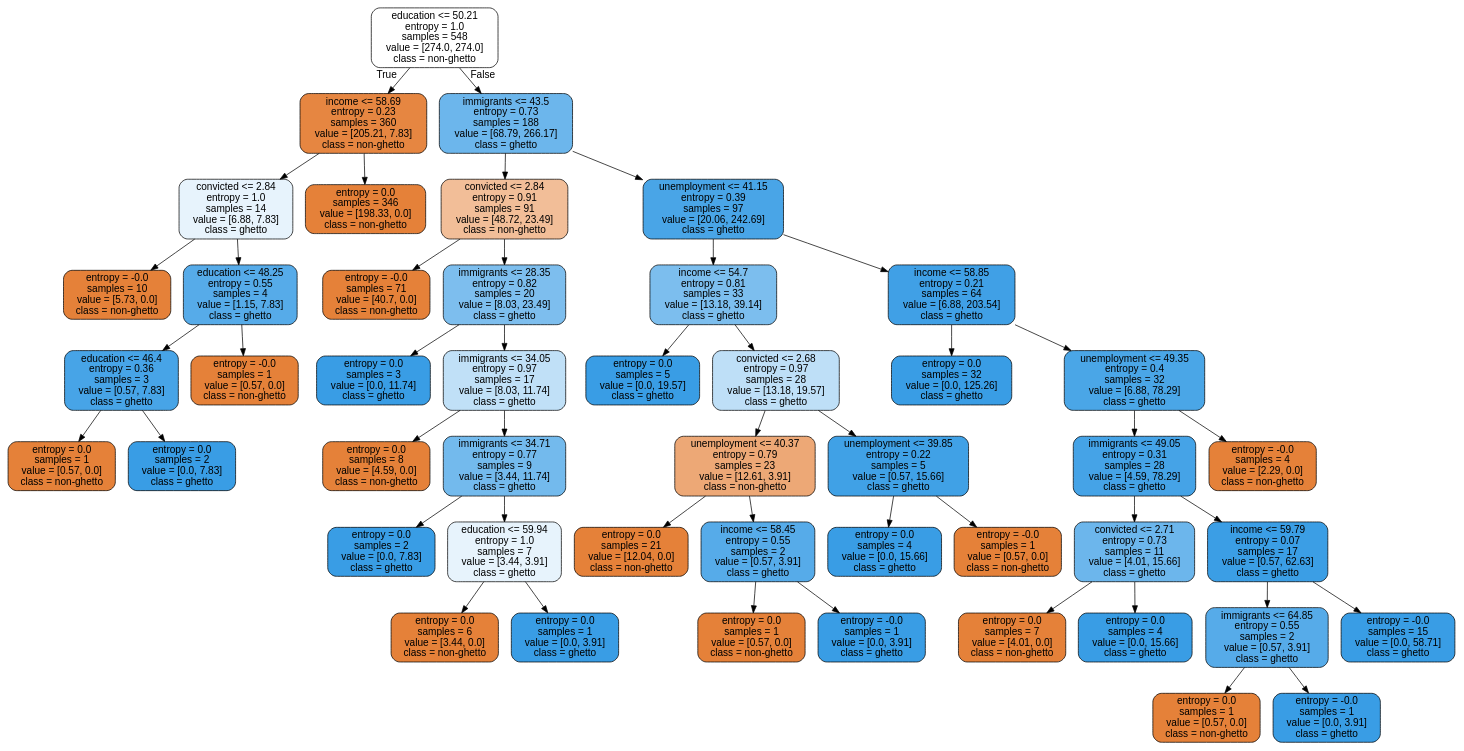
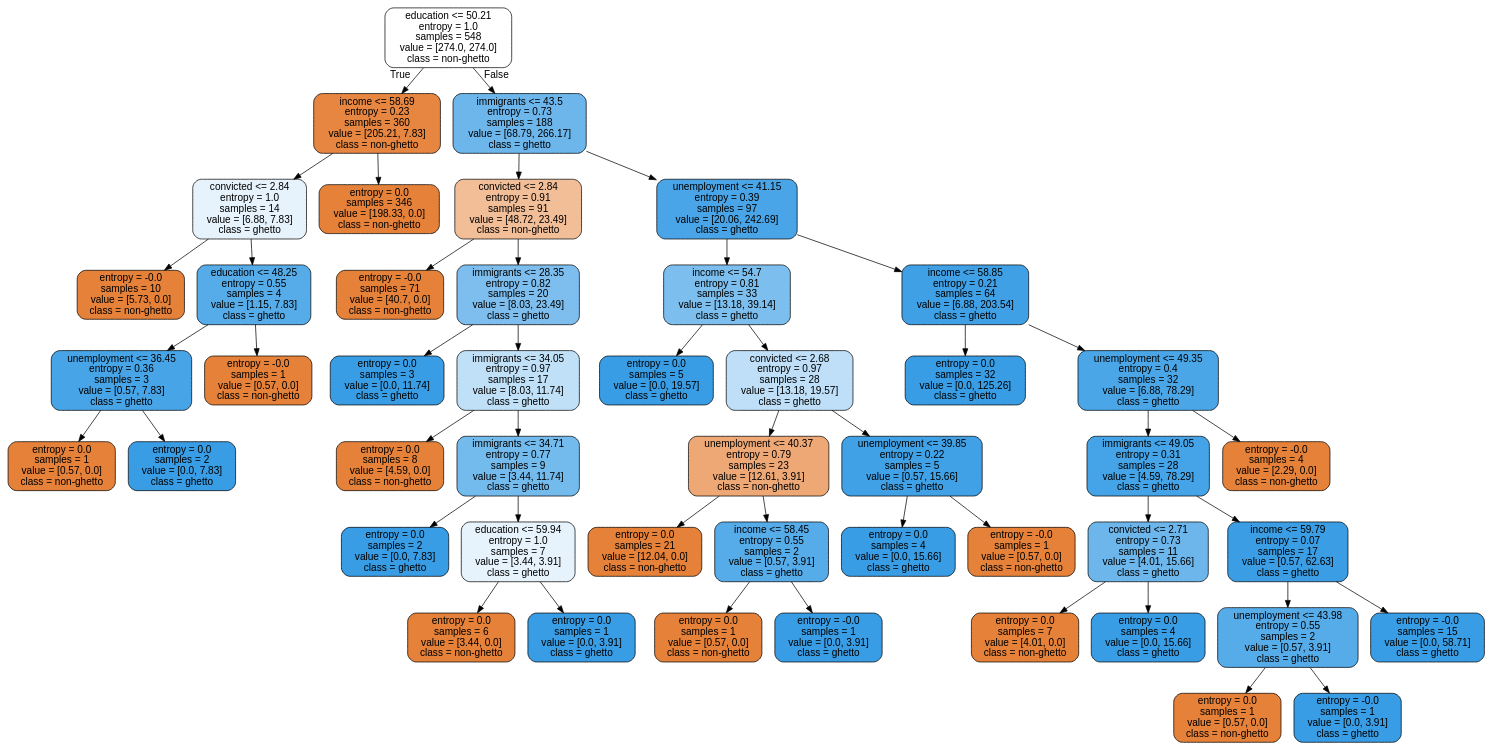
The diagram in figures/bestDecisionTree.dot (MrColoratus/graphviz-ML), drawn with Graphviz before and after one commit. The commit also changed 4 other files, not shown here.

```diff
--- a/figures/bestDecisionTree.dot
+++ b/figures/bestDecisionTree.dot
@@ -1,97 +1,97 @@
 digraph Tree {
 node [shape=box, style="filled, rounded", color="black", fontname=helvetica] ;
 edge [fontname=helvetica] ;
 0 [label="education <= 50.21\nentropy = 1.0\nsamples = 548\nvalue = [274.0, 274.0]\nclass = non-ghetto", fillcolor="#ffffff"] ;
 1 [label="income <= 58.69\nentropy = 0.23\nsamples = 360\nvalue = [205.21, 7.83]\nclass = non-ghetto", fillcolor="#e68641"] ;
 0 -> 1 [labeldistance=2.5, labelangle=45, headlabel="True"] ;
 2 [label="convicted <= 2.84\nentropy = 1.0\nsamples = 14\nvalue = [6.88, 7.83]\nclass = ghetto", fillcolor="#e7f3fc"] ;
 1 -> 2 ;
 3 [label="entropy = -0.0\nsamples = 10\nvalue = [5.73, 0.0]\nclass = non-ghetto", fillcolor="#e58139"] ;
 2 -> 3 ;
 4 [label="education <= 48.25\nentropy = 0.55\nsamples = 4\nvalue = [1.15, 7.83]\nclass = ghetto", fillcolor="#56abe9"] ;
 2 -> 4 ;
-5 [label="education <= 46.4\nentropy = 0.36\nsamples = 3\nvalue = [0.57, 7.83]\nclass = ghetto", fillcolor="#47a4e7"] ;
+5 [label="unemployment <= 36.45\nentropy = 0.36\nsamples = 3\nvalue = [0.57, 7.83]\nclass = ghetto", fillcolor="#47a4e7"] ;
 4 -> 5 ;
 6 [label="entropy = 0.0\nsamples = 1\nvalue = [0.57, 0.0]\nclass = non-ghetto", fillcolor="#e58139"] ;
 5 -> 6 ;
 7 [label="entropy = 0.0\nsamples = 2\nvalue = [0.0, 7.83]\nclass = ghetto", fillcolor="#399de5"] ;
 5 -> 7 ;
 8 [label="entropy = -0.0\nsamples = 1\nvalue = [0.57, 0.0]\nclass = non-ghetto", fillcolor="#e58139"] ;
 4 -> 8 ;
 9 [label="entropy = 0.0\nsamples = 346\nvalue = [198.33, 0.0]\nclass = non-ghetto", fillcolor="#e58139"] ;
 1 -> 9 ;
 10 [label="immigrants <= 43.5\nentropy = 0.73\nsamples = 188\nvalue = [68.79, 266.17]\nclass = ghetto", fillcolor="#6cb6ec"] ;
 0 -> 10 [labeldistance=2.5, labelangle=-45, headlabel="False"] ;
 11 [label="convicted <= 2.84\nentropy = 0.91\nsamples = 91\nvalue = [48.72, 23.49]\nclass = non-ghetto", fillcolor="#f2be98"] ;
 10 -> 11 ;
 12 [label="entropy = -0.0\nsamples = 71\nvalue = [40.7, 0.0]\nclass = non-ghetto", fillcolor="#e58139"] ;
 11 -> 12 ;
 13 [label="immigrants <= 28.35\nentropy = 0.82\nsamples = 20\nvalue = [8.03, 23.49]\nclass = ghetto", fillcolor="#7dbeee"] ;
 11 -> 13 ;
 14 [label="entropy = 0.0\nsamples = 3\nvalue = [0.0, 11.74]\nclass = ghetto", fillcolor="#399de5"] ;
 13 -> 14 ;
 15 [label="immigrants <= 34.05\nentropy = 0.97\nsamples = 17\nvalue = [8.03, 11.74]\nclass = ghetto", fillcolor="#c0e0f7"] ;
 13 -> 15 ;
 16 [label="entropy = 0.0\nsamples = 8\nvalue = [4.59, 0.0]\nclass = non-ghetto", fillcolor="#e58139"] ;
 15 -> 16 ;
 17 [label="immigrants <= 34.71\nentropy = 0.77\nsamples = 9\nvalue = [3.44, 11.74]\nclass = ghetto", fillcolor="#73baed"] ;
 15 -> 17 ;
 18 [label="entropy = 0.0\nsamples = 2\nvalue = [0.0, 7.83]\nclass = ghetto", fillcolor="#399de5"] ;
 17 -> 18 ;
 19 [label="education <= 59.94\nentropy = 1.0\nsamples = 7\nvalue = [3.44, 3.91]\nclass = ghetto", fillcolor="#e7f3fc"] ;
 17 -> 19 ;
 20 [label="entropy = 0.0\nsamples = 6\nvalue = [3.44, 0.0]\nclass = non-ghetto", fillcolor="#e58139"] ;
 19 -> 20 ;
 21 [label="entropy = 0.0\nsamples = 1\nvalue = [0.0, 3.91]\nclass = ghetto", fillcolor="#399de5"] ;
 19 -> 21 ;
 22 [label="unemployment <= 41.15\nentropy = 0.39\nsamples = 97\nvalue = [20.06, 242.69]\nclass = ghetto", fillcolor="#49a5e7"] ;
 10 -> 22 ;
 23 [label="income <= 54.7\nentropy = 0.81\nsamples = 33\nvalue = [13.18, 39.14]\nclass = ghetto", fillcolor="#7cbeee"] ;
 22 -> 23 ;
 24 [label="entropy = 0.0\nsamples = 5\nvalue = [0.0, 19.57]\nclass = ghetto", fillcolor="#399de5"] ;
 23 -> 24 ;
 25 [label="convicted <= 2.68\nentropy = 0.97\nsamples = 28\nvalue = [13.18, 19.57]\nclass = ghetto", fillcolor="#bedff7"] ;
 23 -> 25 ;
 26 [label="unemployment <= 40.37\nentropy = 0.79\nsamples = 23\nvalue = [12.61, 3.91]\nclass = non-ghetto", fillcolor="#eda876"] ;
 25 -> 26 ;
 27 [label="entropy = 0.0\nsamples = 21\nvalue = [12.04, 0.0]\nclass = non-ghetto", fillcolor="#e58139"] ;
 26 -> 27 ;
 28 [label="income <= 58.45\nentropy = 0.55\nsamples = 2\nvalue = [0.57, 3.91]\nclass = ghetto", fillcolor="#56abe9"] ;
 26 -> 28 ;
 29 [label="entropy = 0.0\nsamples = 1\nvalue = [0.57, 0.0]\nclass = non-ghetto", fillcolor="#e58139"] ;
 28 -> 29 ;
 30 [label="entropy = -0.0\nsamples = 1\nvalue = [0.0, 3.91]\nclass = ghetto", fillcolor="#399de5"] ;
 28 -> 30 ;
 31 [label="unemployment <= 39.85\nentropy = 0.22\nsamples = 5\nvalue = [0.57, 15.66]\nclass = ghetto", fillcolor="#40a1e6"] ;
 25 -> 31 ;
 32 [label="entropy = 0.0\nsamples = 4\nvalue = [0.0, 15.66]\nclass = ghetto", fillcolor="#399de5"] ;
 31 -> 32 ;
 33 [label="entropy = -0.0\nsamples = 1\nvalue = [0.57, 0.0]\nclass = non-ghetto", fillcolor="#e58139"] ;
 31 -> 33 ;
 34 [label="income <= 58.85\nentropy = 0.21\nsamples = 64\nvalue = [6.88, 203.54]\nclass = ghetto", fillcolor="#40a0e6"] ;
 22 -> 34 ;
 35 [label="entropy = 0.0\nsamples = 32\nvalue = [0.0, 125.26]\nclass = ghetto", fillcolor="#399de5"] ;
 34 -> 35 ;
 36 [label="unemployment <= 49.35\nentropy = 0.4\nsamples = 32\nvalue = [6.88, 78.29]\nclass = ghetto", fillcolor="#4aa6e7"] ;
 34 -> 36 ;
 37 [label="immigrants <= 49.05\nentropy = 0.31\nsamples = 28\nvalue = [4.59, 78.29]\nclass = ghetto", fillcolor="#45a3e7"] ;
 36 -> 37 ;
 38 [label="convicted <= 2.71\nentropy = 0.73\nsamples = 11\nvalue = [4.01, 15.66]\nclass = ghetto", fillcolor="#6cb6ec"] ;
 37 -> 38 ;
 39 [label="entropy = 0.0\nsamples = 7\nvalue = [4.01, 0.0]\nclass = non-ghetto", fillcolor="#e58139"] ;
 38 -> 39 ;
 40 [label="entropy = 0.0\nsamples = 4\nvalue = [0.0, 15.66]\nclass = ghetto", fillcolor="#399de5"] ;
 38 -> 40 ;
 41 [label="income <= 59.79\nentropy = 0.07\nsamples = 17\nvalue = [0.57, 62.63]\nclass = ghetto", fillcolor="#3b9ee5"] ;
 37 -> 41 ;
-42 [label="immigrants <= 64.85\nentropy = 0.55\nsamples = 2\nvalue = [0.57, 3.91]\nclass = ghetto", fillcolor="#56abe9"] ;
+42 [label="unemployment <= 43.98\nentropy = 0.55\nsamples = 2\nvalue = [0.57, 3.91]\nclass = ghetto", fillcolor="#56abe9"] ;
 41 -> 42 ;
 43 [label="entropy = 0.0\nsamples = 1\nvalue = [0.57, 0.0]\nclass = non-ghetto", fillcolor="#e58139"] ;
 42 -> 43 ;
 44 [label="entropy = -0.0\nsamples = 1\nvalue = [0.0, 3.91]\nclass = ghetto", fillcolor="#399de5"] ;
 42 -> 44 ;
 45 [label="entropy = -0.0\nsamples = 15\nvalue = [0.0, 58.71]\nclass = ghetto", fillcolor="#399de5"] ;
 41 -> 45 ;
 46 [label="entropy = -0.0\nsamples = 4\nvalue = [2.29, 0.0]\nclass = non-ghetto", fillcolor="#e58139"] ;
 36 -> 46 ;
 }
```
